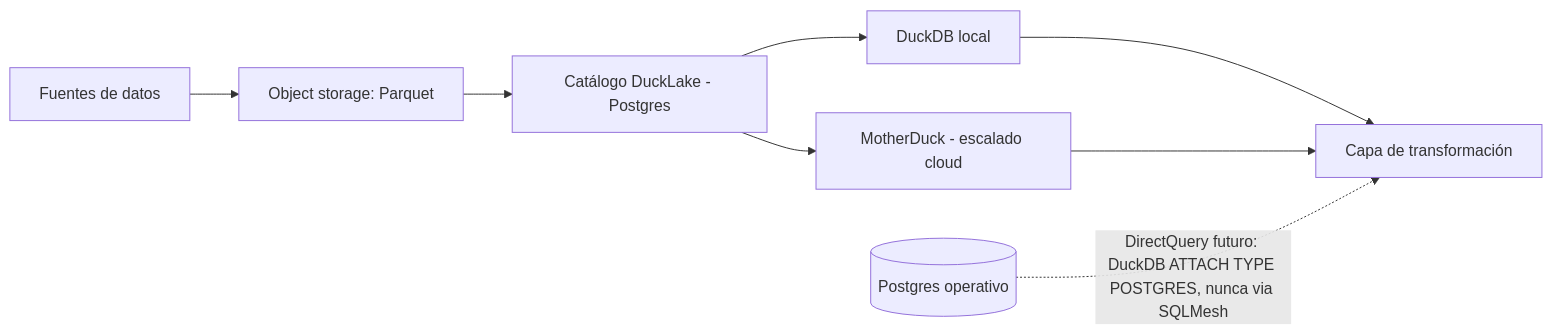
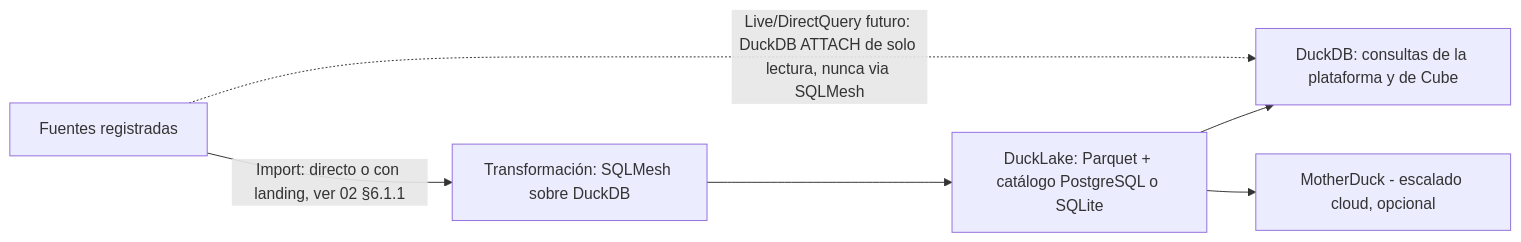
One commit to eribertocz/atlasbi changed the diagram in docs/01-motor-almacenamiento.md. Above: the diagram before and after it, drawn with Mermaid. The commit also changed other lines of this file and 12 other files, not shown here.

````diff
--- a/docs/01-motor-almacenamiento.md
+++ b/docs/01-motor-almacenamiento.md
@@ -67,10 +67,8 @@
 ```mermaid
 flowchart LR
-    A[Fuentes de datos] --> B[Object storage: Parquet]
-    B --> C[Catálogo DuckLake - Postgres]
-    C --> D[DuckDB local]
-    C --> E[MotherDuck - escalado cloud]
-    D --> F[Capa de transformación]
-    E --> F
-    G[(Postgres operativo)] -.DirectQuery futuro: DuckDB ATTACH TYPE POSTGRES, nunca via SQLMesh.-> F
+    S[Fuentes registradas] -->|Import: directo o con landing, ver 02 §6.1.1| T[Transformación: SQLMesh sobre DuckDB]
+    T --> L[DuckLake: Parquet + catálogo PostgreSQL o SQLite]
+    L --> D[DuckDB: consultas de la plataforma y de Cube]
+    L --> E[MotherDuck - escalado cloud, opcional]
+    S -.Live/DirectQuery futuro: DuckDB ATTACH de solo lectura, nunca via SQLMesh.-> D
 ```
````
